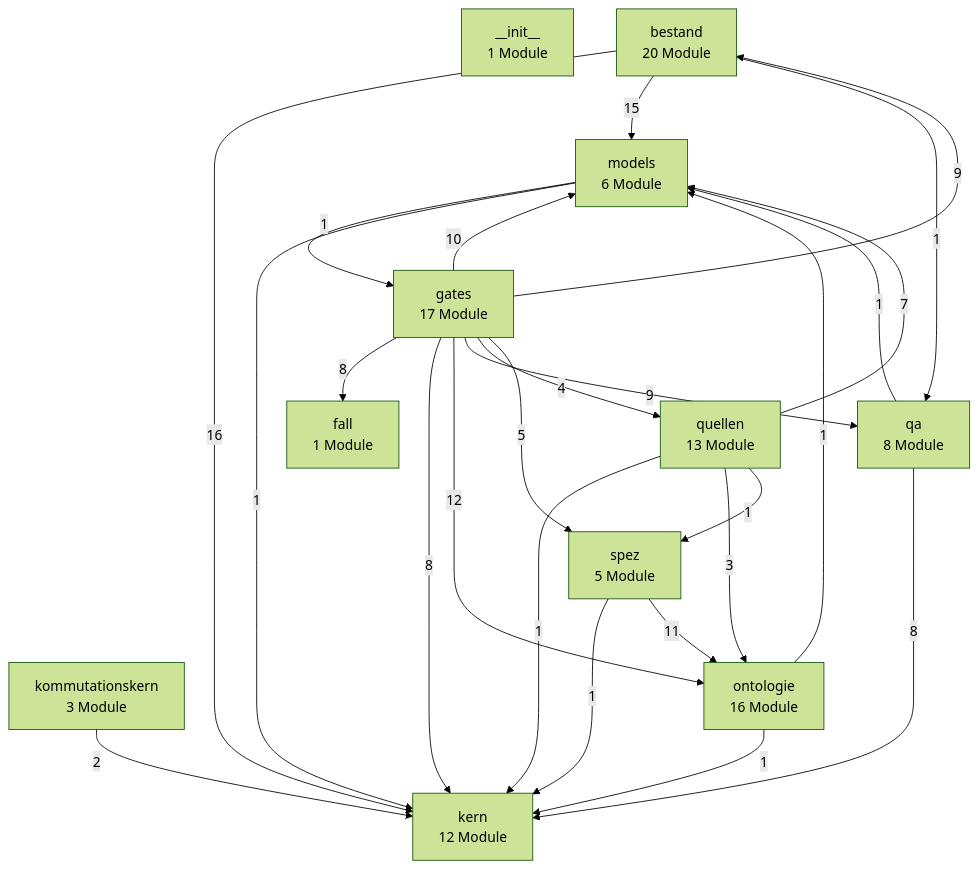
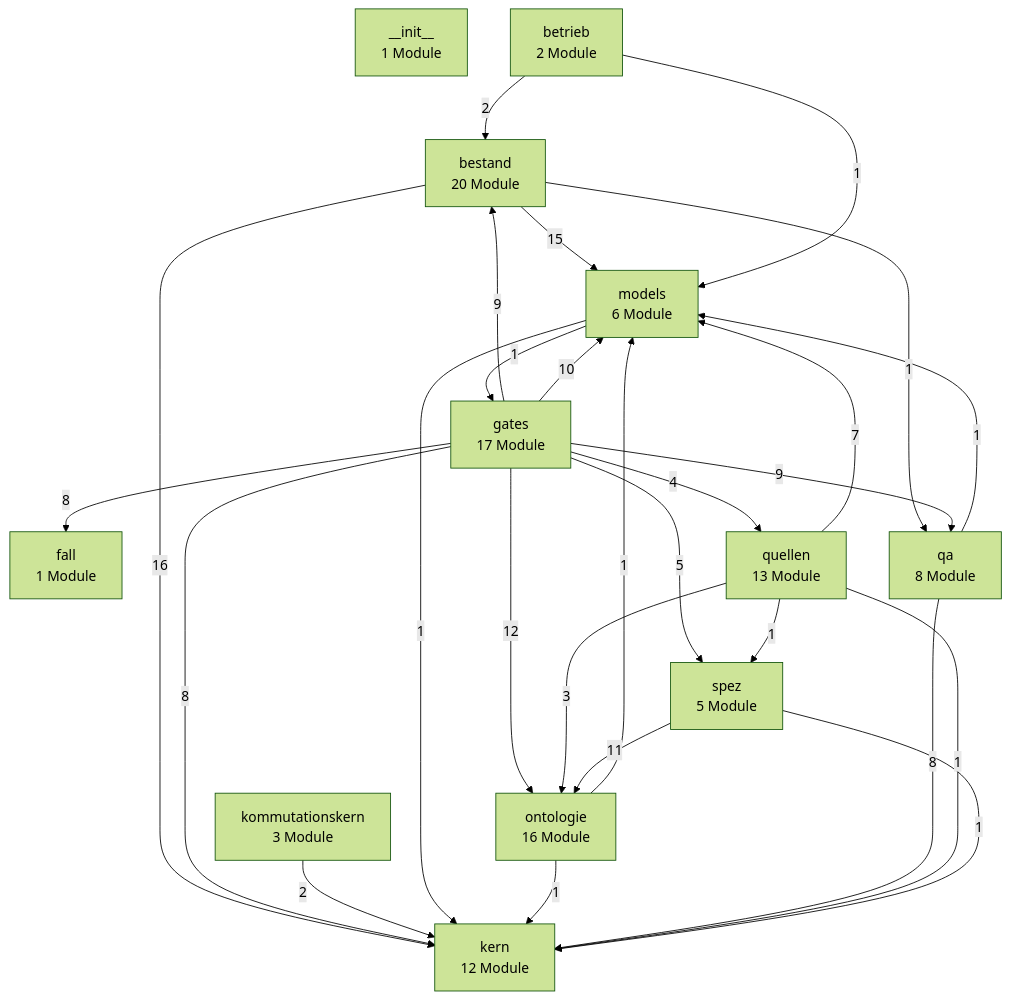
The first of 3 diagrams in docs/architektur/landkarte.md (bartlmac/rechner-pipeline), drawn with Mermaid (forest theme) before and after one commit. The commit also changed other lines of this file and 10 other files, not shown here.

````diff
--- a/docs/architektur/landkarte.md
+++ b/docs/architektur/landkarte.md
@@ -27,39 +27,42 @@
 ```mermaid
 %% Schichten — erzeugt von ontologie.landkarte
 flowchart TD
     n__init__["__init__<br/>1 Module"]
     bestand["bestand<br/>20 Module"]
+    betrieb["betrieb<br/>2 Module"]
     fall["fall<br/>1 Module"]
     gates["gates<br/>17 Module"]
     kern["kern<br/>12 Module"]
     kommutationskern["kommutationskern<br/>3 Module"]
     models["models<br/>6 Module"]
     ontologie["ontologie<br/>16 Module"]
     qa["qa<br/>8 Module"]
     quellen["quellen<br/>13 Module"]
     spez["spez<br/>5 Module"]
     bestand -- 16 --> kern
     bestand -- 15 --> models
     bestand -- 1 --> qa
+    betrieb -- 2 --> bestand
+    betrieb -- 1 --> models
     gates -- 9 --> bestand
     gates -- 8 --> fall
     gates -- 8 --> kern
     gates -- 10 --> models
     gates -- 12 --> ontologie
     gates -- 9 --> qa
     gates -- 4 --> quellen
     gates -- 5 --> spez
     kommutationskern -- 2 --> kern
     models -- 1 --> gates
     models -- 1 --> kern
     ontologie -- 1 --> kern
     ontologie -- 1 --> models
     qa -- 8 --> kern
     qa -- 1 --> models
     quellen -- 1 --> kern
     quellen -- 7 --> models
     quellen -- 3 --> ontologie
     quellen -- 1 --> spez
     spez -- 1 --> kern
     spez -- 11 --> ontologie
 ```
````
